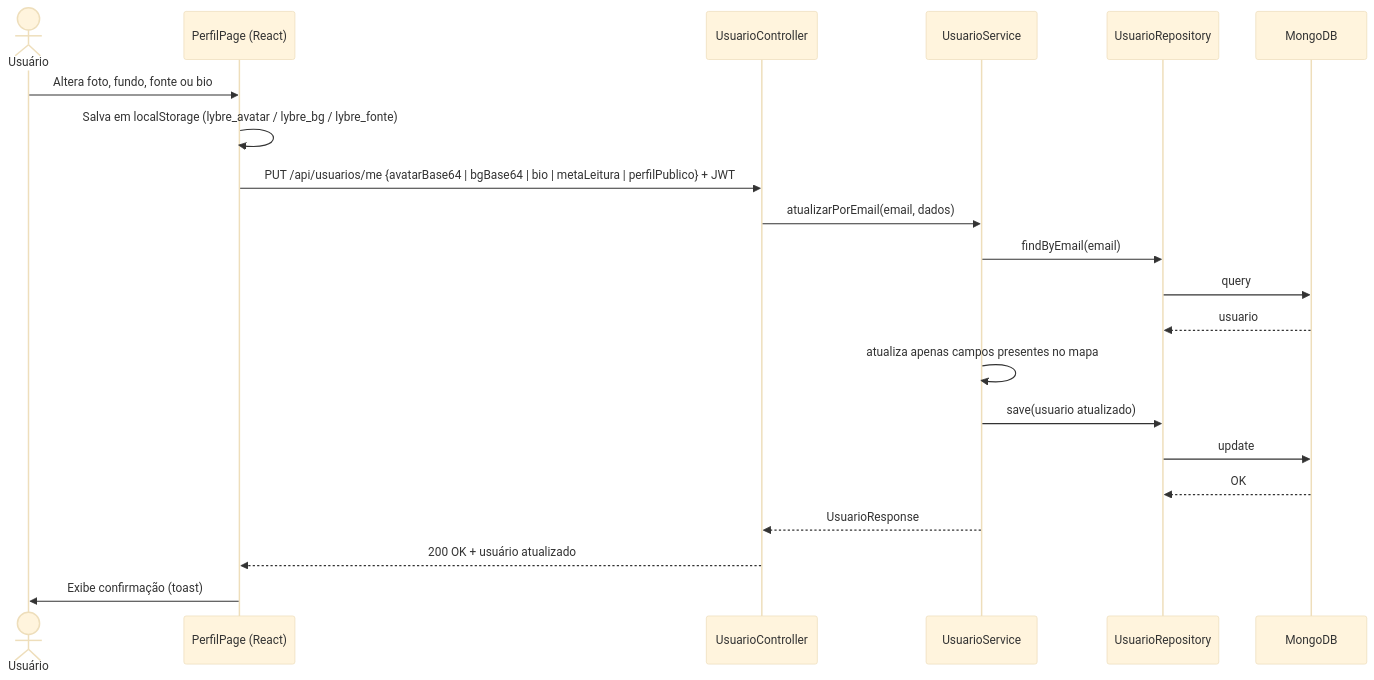
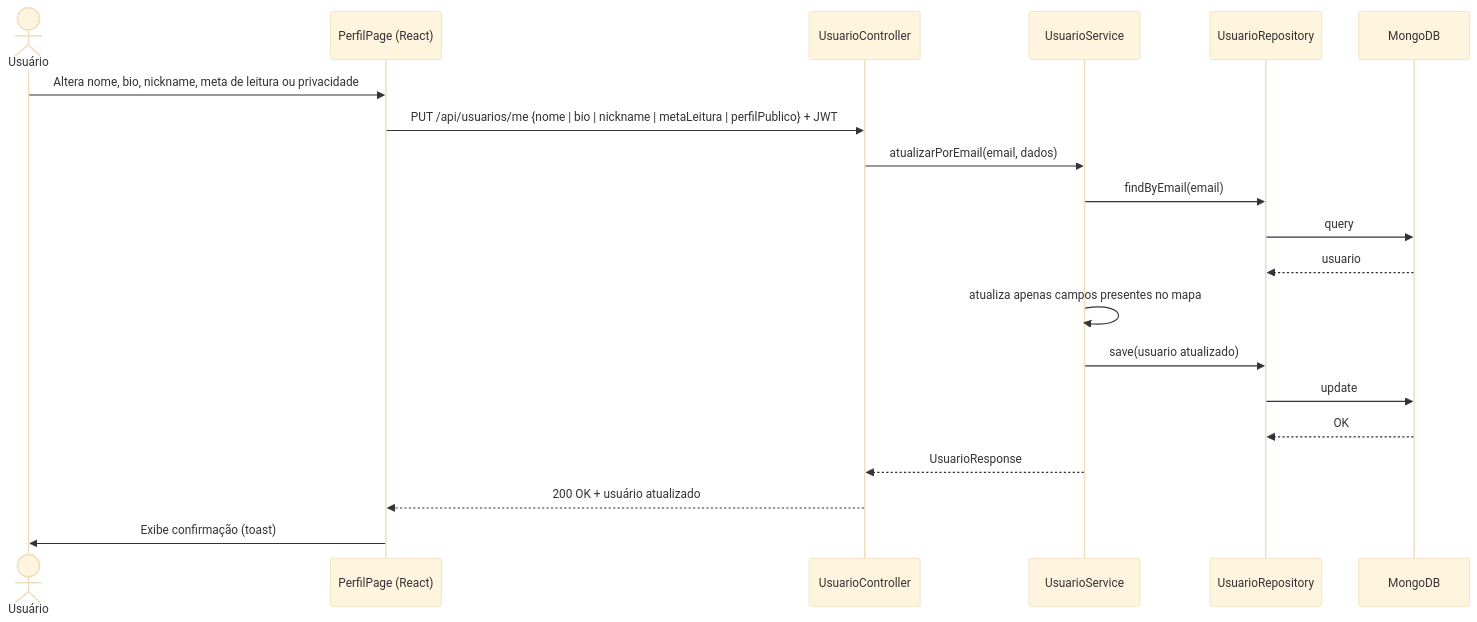
Diagram 13 of 20 in RTM.md (limmuz/biblioteca), drawn with Mermaid (base theme) before and after one commit. The commit also changed other lines of this file and 47 other files, not shown here.

````diff
--- a/RTM.md
+++ b/RTM.md
@@ -375,24 +481,23 @@
 ```mermaid
 sequenceDiagram
     actor U as Usuário
     participant F as PerfilPage (React)
     participant C as UsuarioController
     participant S as UsuarioService
     participant R as UsuarioRepository
     participant M as MongoDB
 
-    U->>F: Altera foto, fundo, fonte ou bio
-    F->>F: Salva em localStorage (lybre_avatar / lybre_bg / lybre_fonte)
-    F->>C: PUT /api/usuarios/me {avatarBase64 | bgBase64 | bio | metaLeitura | perfilPublico} + JWT
+    U->>F: Altera nome, bio, nickname, meta de leitura ou privacidade
+    F->>C: PUT /api/usuarios/me {nome | bio | nickname | metaLeitura | perfilPublico} + JWT
     C->>S: atualizarPorEmail(email, dados)
     S->>R: findByEmail(email)
     R->>M: query
     M-->>R: usuario
     S->>S: atualiza apenas campos presentes no mapa
     S->>R: save(usuario atualizado)
     R->>M: update
     M-->>R: OK
     S-->>C: UsuarioResponse
     C-->>F: 200 OK + usuário atualizado
     F->>U: Exibe confirmação (toast)
 ```
````
